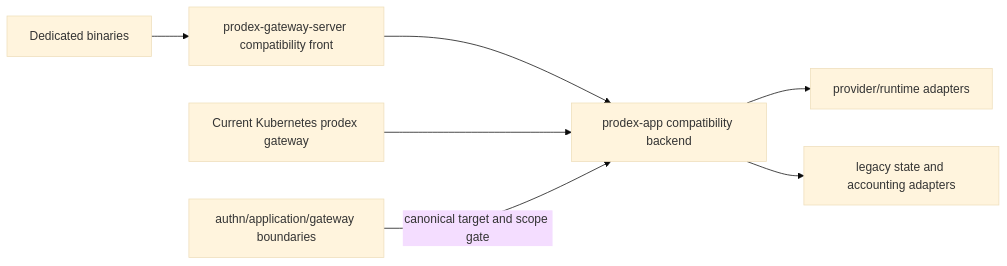
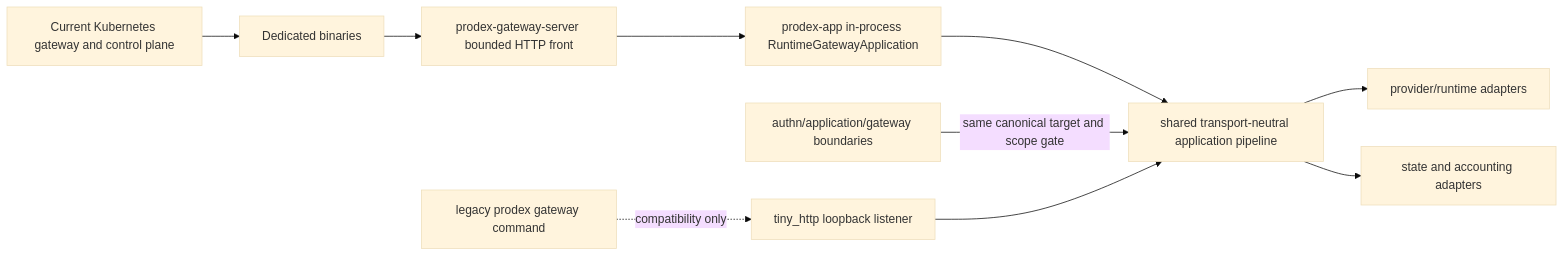
The first of 2 diagrams in docs/refactor/01-target-architecture.md (christiandoxa/prodex), drawn with Mermaid (base theme) before and after one commit. The commit also changed other lines of this file and 9 other files, not shown here.

Commit message:
feat(gateway): cut over dedicated in-process serving

````diff
--- a/docs/refactor/01-target-architecture.md
+++ b/docs/refactor/01-target-architecture.md
@@ -11,9 +11,12 @@
 ```mermaid
 flowchart LR
-    Dedicated[Dedicated binaries] --> Front[prodex-gateway-server compatibility front]
-    Front --> Legacy[prodex-app compatibility backend]
-    Deployed[Current Kubernetes prodex gateway] --> Legacy
-    Legacy --> Provider[provider/runtime adapters]
-    Legacy --> State[legacy state and accounting adapters]
-    Boundary[authn/application/gateway boundaries] -->|canonical target and scope gate| Legacy
+    Dedicated[Dedicated binaries] --> Front[prodex-gateway-server bounded HTTP front]
+    Front --> App[prodex-app in-process RuntimeGatewayApplication]
+    Deployed[Current Kubernetes gateway and control plane] --> Dedicated
+    App --> Pipeline[shared transport-neutral application pipeline]
+    Pipeline --> Provider[provider/runtime adapters]
+    Pipeline --> State[state and accounting adapters]
+    Boundary[authn/application/gateway boundaries] -->|same canonical target and scope gate| Pipeline
+    LegacyCli[legacy prodex gateway command] -. compatibility only .-> Tiny[tiny_http loopback listener]
+    Tiny --> Pipeline
 ```
````
